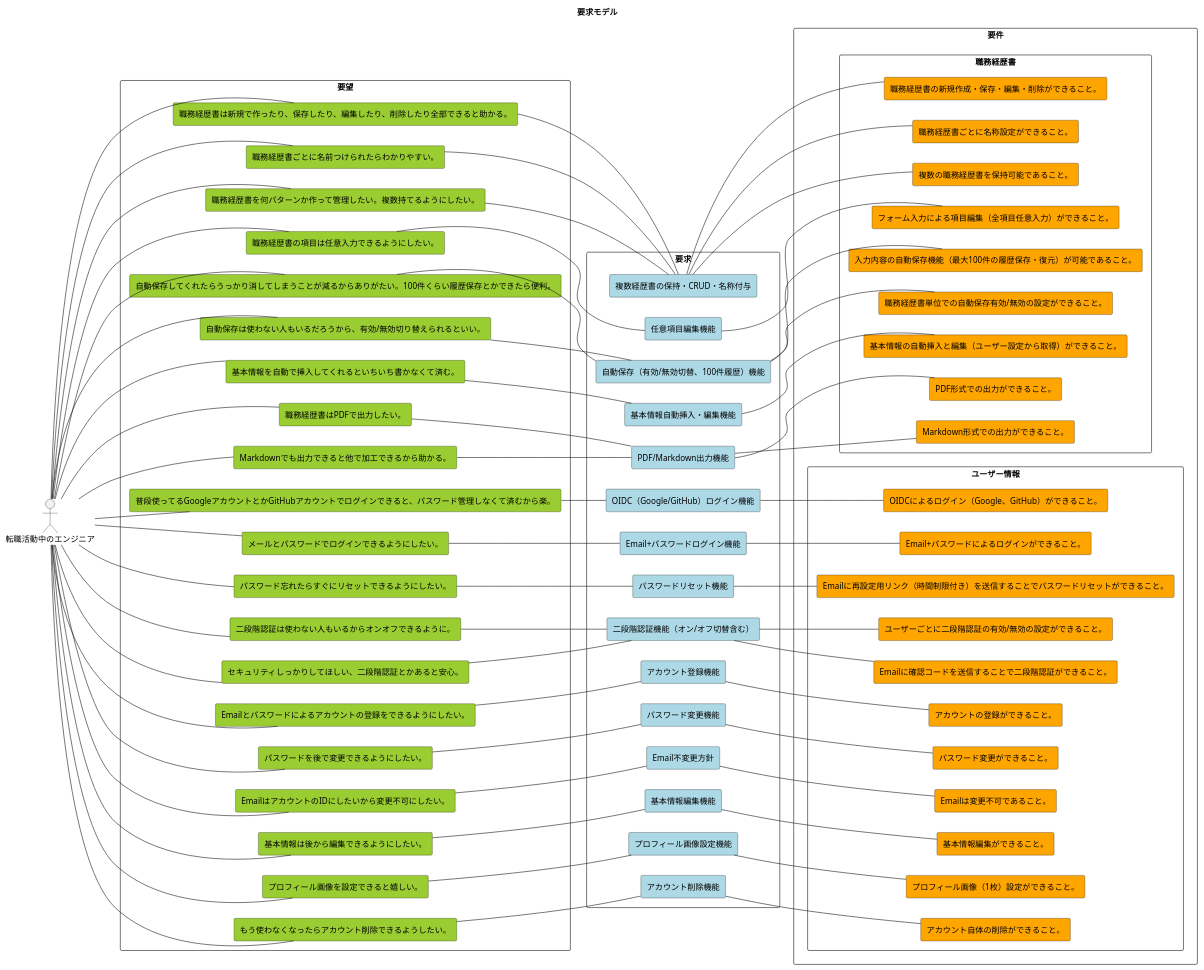
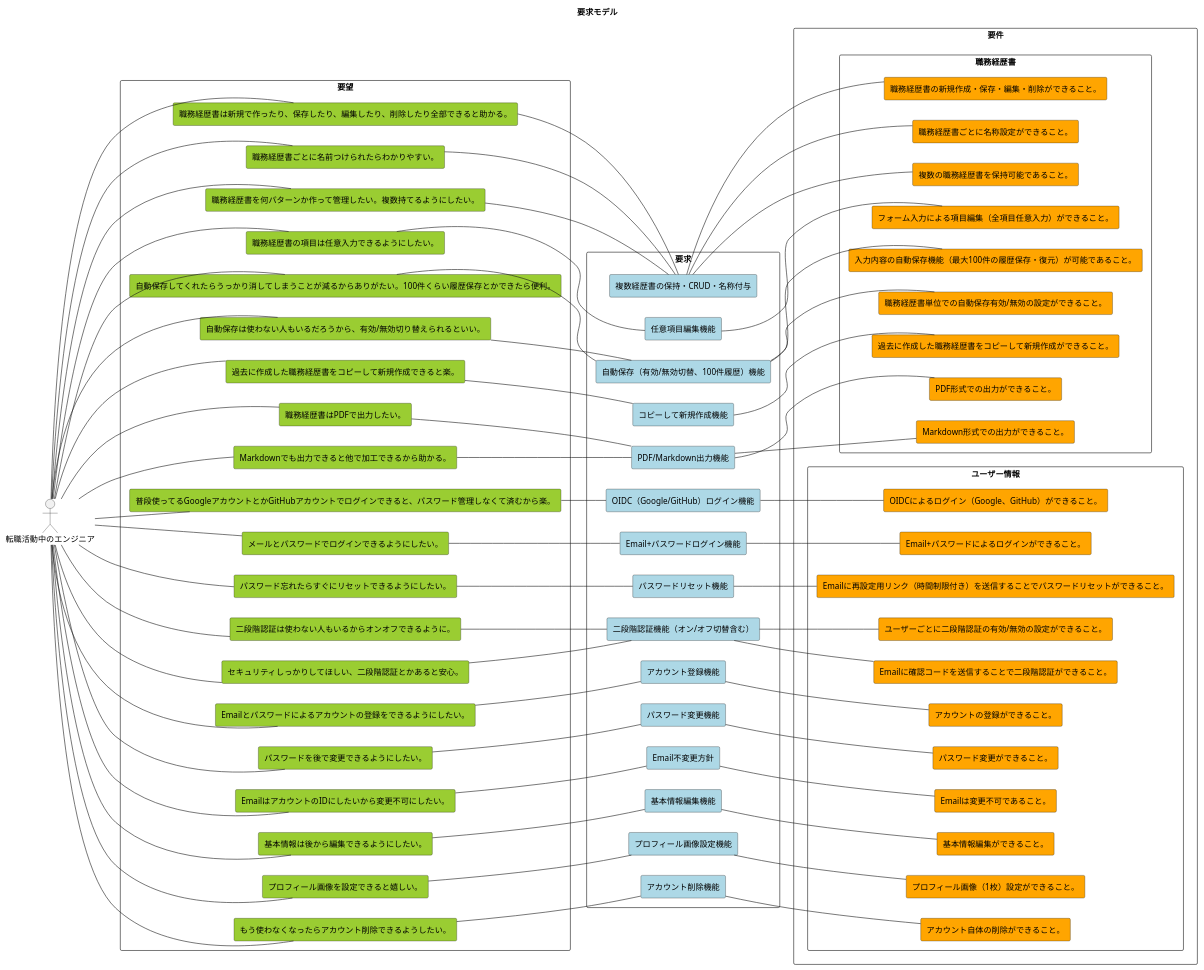
The diagram in doc/要求モデル.pu (DogisRiki/KeirekiPro), drawn with PlantUML before and after one commit. The commit also changed 1 other file, not shown here.

```diff
--- a/doc/要求モデル.pu
+++ b/doc/要求モデル.pu
@@ -1,178 +1,170 @@
 @startuml 要求モデル
 
 title 要求モデル
 
 left to right direction
 hide stereotype
 
 skinparam rectangleBackgroundColor<<youbou>> YellowGreen
 skinparam rectangleBackgroundColor<<youkyuu>> LightBlue
 skinparam rectangleBackgroundColor<<youken>> Orange
 
 actor "転職活動中のエンジニア" as user
 
 '---------------------------------------------
 ' 要望
 '---------------------------------------------
 rectangle "要望" {
     rectangle "普段使ってるGoogleアカウントとかGitHubアカウントでログインできると、パスワード管理しなくて済むから楽。" as want_oauth <<youbou>>
     rectangle "メールとパスワードでログインできるようにしたい。" as want_emailpw <<youbou>>
     rectangle "パスワード忘れたらすぐにリセットできるようにしたい。" as want_pwreset <<youbou>>
     rectangle "セキュリティしっかりしてほしい、二段階認証とかあると安心。" as want_2fa <<youbou>>
 
-    rectangle "職務経歴書を何パターンか作って管理したい。複数持てるようにしたい。" as want_multi_cv <<youbou>>
-    rectangle "職務経歴書は新規で作ったり、保存したり、編集したり、削除したり全部できると助かる。" as want_crud_cv <<youbou>>
-    rectangle "職務経歴書ごとに名前つけられたらわかりやすい。" as want_name_cv <<youbou>>
-    ' rectangle "色々なテンプレートがあると助かる。技術スタック重視とか成果重視とか、簡易型とか。" as want_template_cv <<youbou>>
-    rectangle "職務経歴書の項目は任意入力できるようにしたい。" as want_form_cv <<youbou>>
-    rectangle "自動保存してくれたらうっかり消してしまうことが減るからありがたい。100件くらい履歴保存とかできたら便利。" as want_autosave_cv <<youbou>>
+    rectangle "職務経歴書を何パターンか作って管理したい。複数持てるようにしたい。" as want_multi_resume <<youbou>>
+    rectangle "職務経歴書は新規で作ったり、保存したり、編集したり、削除したり全部できると助かる。" as want_crud_resume <<youbou>>
+    rectangle "職務経歴書ごとに名前つけられたらわかりやすい。" as want_name_resume <<youbou>>
+    rectangle "職務経歴書の項目は任意入力できるようにしたい。" as want_form_resume <<youbou>>
+    rectangle "自動保存してくれたらうっかり消してしまうことが減るからありがたい。100件くらい履歴保存とかできたら便利。" as want_autosave_resume <<youbou>>
     rectangle "自動保存は使わない人もいるだろうから、有効/無効切り替えられるといい。" as want_autosave_toggle <<youbou>>
-    rectangle "基本情報を自動で挿入してくれるといちいち書かなくて済む。" as want_basicinfo_cv <<youbou>>
+    rectangle "過去に作成した職務経歴書をコピーして新規作成できると楽。" as want_resume_copy_create <<youbou>>
     rectangle "職務経歴書はPDFで出力したい。" as want_pdf <<youbou>>
     rectangle "Markdownでも出力できると他で加工できるから助かる。" as want_md <<youbou>>
 
     rectangle "Emailとパスワードによるアカウントの登録をできるようにしたい。" as want_account_create <<youbou>>
     rectangle "パスワードを後で変更できるようにしたい。" as want_pwchange <<youbou>>
     rectangle "EmailはアカウントのIDにしたいから変更不可にしたい。" as want_noemailchange <<youbou>>
     rectangle "二段階認証は使わない人もいるからオンオフできるように。" as want_2fa_toggle <<youbou>>
     rectangle "基本情報は後から編集できるようにしたい。" as want_edit_basicinfo <<youbou>>
     rectangle "プロフィール画像を設定できると嬉しい。" as want_profileimg <<youbou>>
     rectangle "もう使わなくなったらアカウント削除できるようしたい。" as want_account_delete <<youbou>>
 }
 
 '---------------------------------------------
 ' 要求
 '---------------------------------------------
 rectangle "要求" {
 
     rectangle "Email+パスワードログイン機能" as dem_emailpw <<youkyuu>>
     rectangle "OIDC（Google/GitHub）ログイン機能" as dem_oauth <<youkyuu>>
     rectangle "パスワードリセット機能" as dem_pwreset <<youkyuu>>
     rectangle "二段階認証機能（オン/オフ切替含む）" as dem_2fa <<youkyuu>>
 
-    rectangle "複数経歴書の保持・CRUD・名称付与" as dem_cv_manage <<youkyuu>>
-    ' rectangle "テンプレート選択機能" as dem_cv_template <<youkyuu>>
-    rectangle "任意項目編集機能" as dem_cv_form <<youkyuu>>
-    rectangle "自動保存（有効/無効切替、100件履歴）機能" as dem_cv_autosave <<youkyuu>>
-    rectangle "基本情報自動挿入・編集機能" as dem_cv_basicinfo <<youkyuu>>
-    rectangle "PDF/Markdown出力機能" as dem_cv_export <<youkyuu>>
+    rectangle "複数経歴書の保持・CRUD・名称付与" as dem_resume_manage <<youkyuu>>
+    rectangle "任意項目編集機能" as dem_resume_form <<youkyuu>>
+    rectangle "自動保存（有効/無効切替、100件履歴）機能" as dem_resume_autosave <<youkyuu>>
+    rectangle "コピーして新規作成機能" as dem_resume_copy_create <<youkyuu>>
+    rectangle "PDF/Markdown出力機能" as dem_resume_export <<youkyuu>>
 
     rectangle "アカウント登録機能" as dem_account_create <<youkyuu>>
     rectangle "パスワード変更機能" as dem_pwchange <<youkyuu>>
     rectangle "Email不変更方針" as dem_noemailchange <<youkyuu>>
     rectangle "基本情報編集機能" as dem_edit_basicinfo <<youkyuu>>
     rectangle "プロフィール画像設定機能" as dem_profileimg <<youkyuu>>
     rectangle "アカウント削除機能" as dem_account_delete <<youkyuu>>
 }
 
 '---------------------------------------------
 ' 要件
 '---------------------------------------------
 rectangle "要件" {
 
     rectangle "職務経歴書" {
         rectangle "複数の職務経歴書を保持可能であること。" as req1 <<youken>>
         rectangle "職務経歴書の新規作成・保存・編集・削除ができること。" as req2 <<youken>>
         rectangle "職務経歴書ごとに名称設定ができること。" as req3 <<youken>>
-        ' rectangle "以下のテンプレートから選択が可能であること。\n・技術スタック重視\n・成果重視\n・簡易型" as req4 <<youken>>
         rectangle "フォーム入力による項目編集（全項目任意入力）ができること。" as req5 <<youken>>
         rectangle "入力内容の自動保存機能（最大100件の履歴保存・復元）が可能であること。" as req6 <<youken>>
         rectangle "職務経歴書単位での自動保存有効/無効の設定ができること。" as req7 <<youken>>
-        rectangle "基本情報の自動挿入と編集（ユーザー設定から取得）ができること。" as req8 <<youken>>
+        rectangle "過去に作成した職務経歴書をコピーして新規作成ができること。" as req8 <<youken>>
         rectangle "PDF形式での出力ができること。" as req9 <<youken>>
         rectangle "Markdown形式での出力ができること。" as req10 <<youken>>
     }
 
     rectangle "ユーザー情報" {
         rectangle "Email+パスワードによるログインができること。" as req11 <<youken>>
         rectangle "OIDCによるログイン（Google、GitHub）ができること。" as req12 <<youken>>
         rectangle "Emailに再設定用リンク（時間制限付き）を送信することでパスワードリセットができること。" as req13 <<youken>>
         rectangle "Emailに確認コードを送信することで二段階認証ができること。" as req14 <<youken>>
         rectangle "ユーザーごとに二段階認証の有効/無効の設定ができること。" as req15 <<youken>>
         rectangle "アカウントの登録ができること。" as req16 <<youken>>
         rectangle "パスワード変更ができること。" as req17 <<youken>>
         rectangle "Emailは変更不可であること。" as req18 <<youken>>
         rectangle "基本情報編集ができること。" as req19 <<youken>>
         rectangle "プロフィール画像（1枚）設定ができること。" as req20 <<youken>>
         rectangle "アカウント自体の削除ができること。" as req21 <<youken>>
     }
 }
 
 '---------------------------------------------
 ' 関連線
 '---------------------------------------------
 user -- want_oauth
 user -- want_emailpw
 user -- want_pwreset
 user -- want_2fa
-user -- want_multi_cv
-user -- want_crud_cv
-user -- want_name_cv
-' user -- want_template_cv
-user -- want_form_cv
-user -- want_autosave_cv
+user -- want_multi_resume
+user -- want_crud_resume
+user -- want_name_resume
+user -- want_form_resume
+user -- want_autosave_resume
 user -- want_autosave_toggle
-user -- want_basicinfo_cv
+user -- want_resume_copy_create
 user -- want_pdf
 user -- want_md
 user -- want_account_create
 user -- want_pwchange
 user -- want_noemailchange
 user -- want_2fa_toggle
 user -- want_edit_basicinfo
 user -- want_profileimg
 user -- want_account_delete
 
 ' 要望 → 要求
 want_oauth -- dem_oauth
 want_emailpw -- dem_emailpw
 want_pwreset -- dem_pwreset
 want_2fa -- dem_2fa
 want_2fa_toggle -- dem_2fa
 
-want_multi_cv -- dem_cv_manage
-want_crud_cv -- dem_cv_manage
-want_name_cv -- dem_cv_manage
-' want_template_cv -- dem_cv_template
-want_form_cv -- dem_cv_form
-want_autosave_cv -- dem_cv_autosave
-want_autosave_toggle -- dem_cv_autosave
-want_basicinfo_cv -- dem_cv_basicinfo
-want_pdf -- dem_cv_export
-want_md -- dem_cv_export
+want_multi_resume -- dem_resume_manage
+want_crud_resume -- dem_resume_manage
+want_name_resume -- dem_resume_manage
+want_form_resume -- dem_resume_form
+want_autosave_resume -- dem_resume_autosave
+want_autosave_toggle -- dem_resume_autosave
+want_resume_copy_create -- dem_resume_copy_create
+want_pdf -- dem_resume_export
+want_md -- dem_resume_export
 
 want_account_create -- dem_account_create
 want_pwchange -- dem_pwchange
 want_noemailchange -- dem_noemailchange
 want_edit_basicinfo -- dem_edit_basicinfo
 want_profileimg -- dem_profileimg
 want_account_delete -- dem_account_delete
 
 ' 要求 → 要件
 dem_emailpw -- req11
 dem_oauth -- req12
 dem_pwreset -- req13
 dem_2fa -- req14
 dem_2fa -- req15
 
-dem_cv_manage -- req1
-dem_cv_manage -- req2
-dem_cv_manage -- req3
-
-' dem_cv_template -- req4
-
-dem_cv_form -- req5
-dem_cv_autosave -- req6
-dem_cv_autosave -- req7
-dem_cv_basicinfo -- req8
-dem_cv_export -- req9
-dem_cv_export -- req10
+dem_resume_manage -- req1
+dem_resume_manage -- req2
+dem_resume_manage -- req3
+dem_resume_form -- req5
+dem_resume_autosave -- req6
+dem_resume_autosave -- req7
+dem_resume_copy_create -- req8
+dem_resume_export -- req9
+dem_resume_export -- req10
 
 dem_account_create -- req16
 dem_pwchange -- req17
 dem_noemailchange -- req18
 dem_edit_basicinfo -- req19
 dem_profileimg -- req20
 dem_account_delete -- req21
 
 @enduml
```
